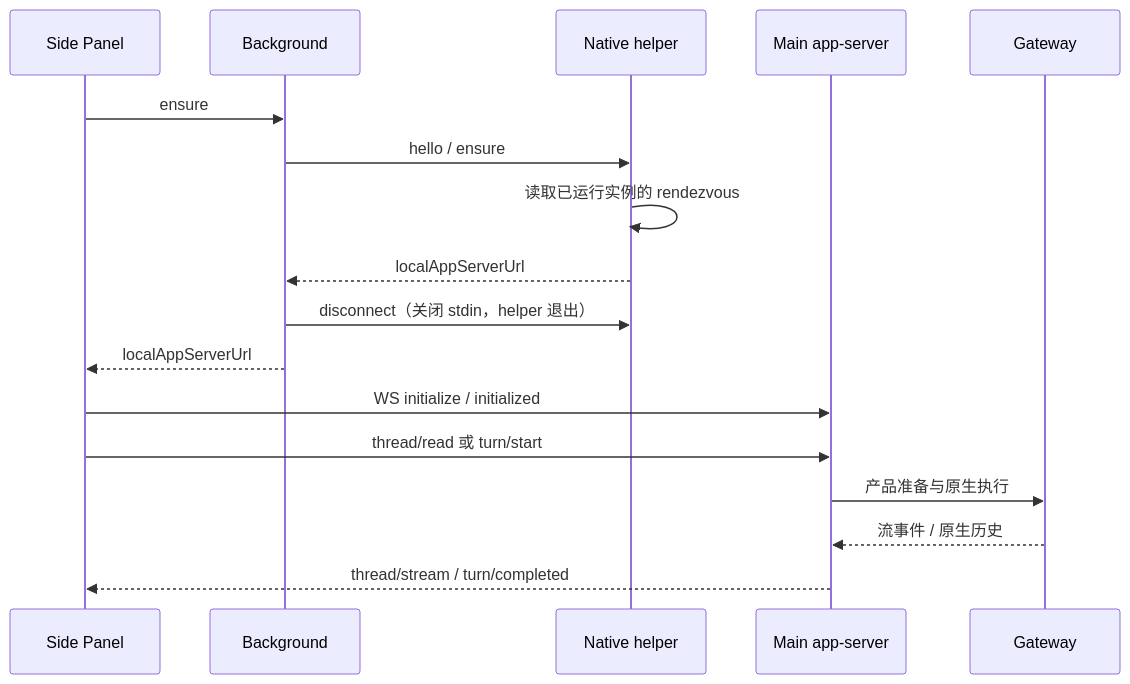
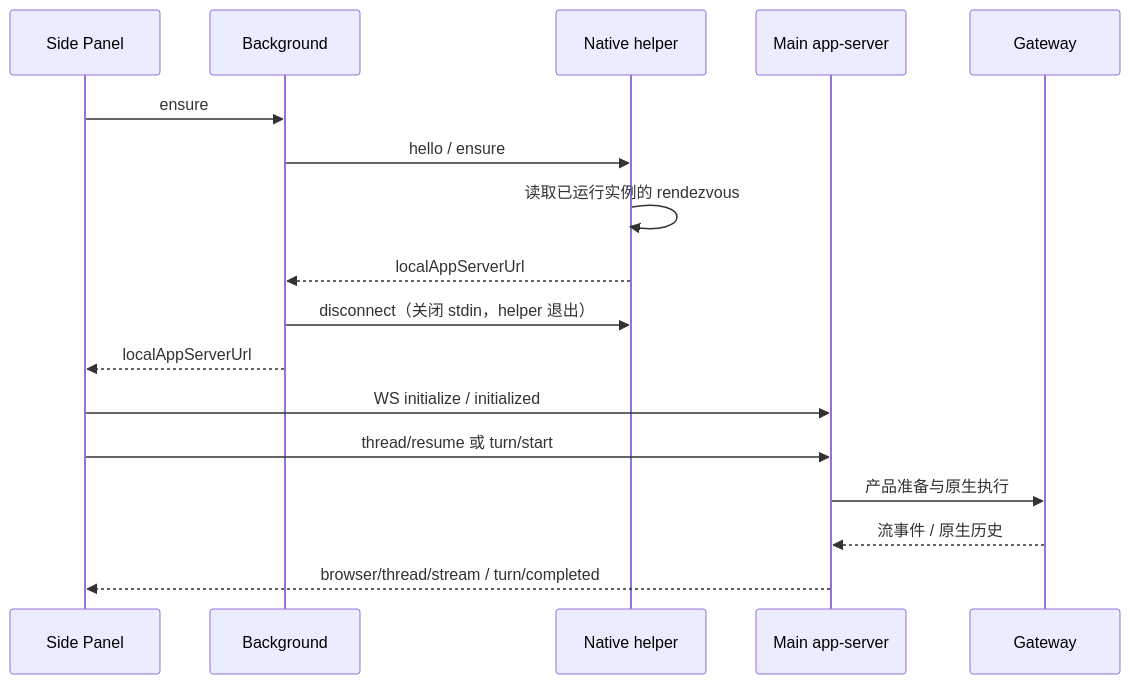
The diagram in docs/features/browser/browser-extension-side-chat.md (liangxhao/JustDo), drawn with Mermaid before and after one commit. The commit also changed other lines of this file and 172 other files, not shown here.

````diff
--- a/docs/features/browser/browser-extension-side-chat.md
+++ b/docs/features/browser/browser-extension-side-chat.md
@@ -19,19 +24,19 @@
 ```mermaid
 sequenceDiagram
   participant Panel as Side Panel
   participant BG as Background
   participant Host as Native helper
   participant Main as Main app-server
   participant G as Gateway
   Panel->>BG: ensure
   BG->>Host: hello / ensure
   Host->>Host: 读取已运行实例的 rendezvous
   Host-->>BG: localAppServerUrl
   BG->>Host: disconnect（关闭 stdin，helper 退出）
   BG-->>Panel: localAppServerUrl
   Panel->>Main: WS initialize / initialized
-  Panel->>Main: thread/read 或 turn/start
+  Panel->>Main: thread/resume 或 turn/start
   Main->>G: 产品准备与原生执行
   G-->>Main: 流事件 / 原生历史
-  Main-->>Panel: thread/stream / turn/completed
+  Main-->>Panel: browser/thread/stream / turn/completed
 ```
````
